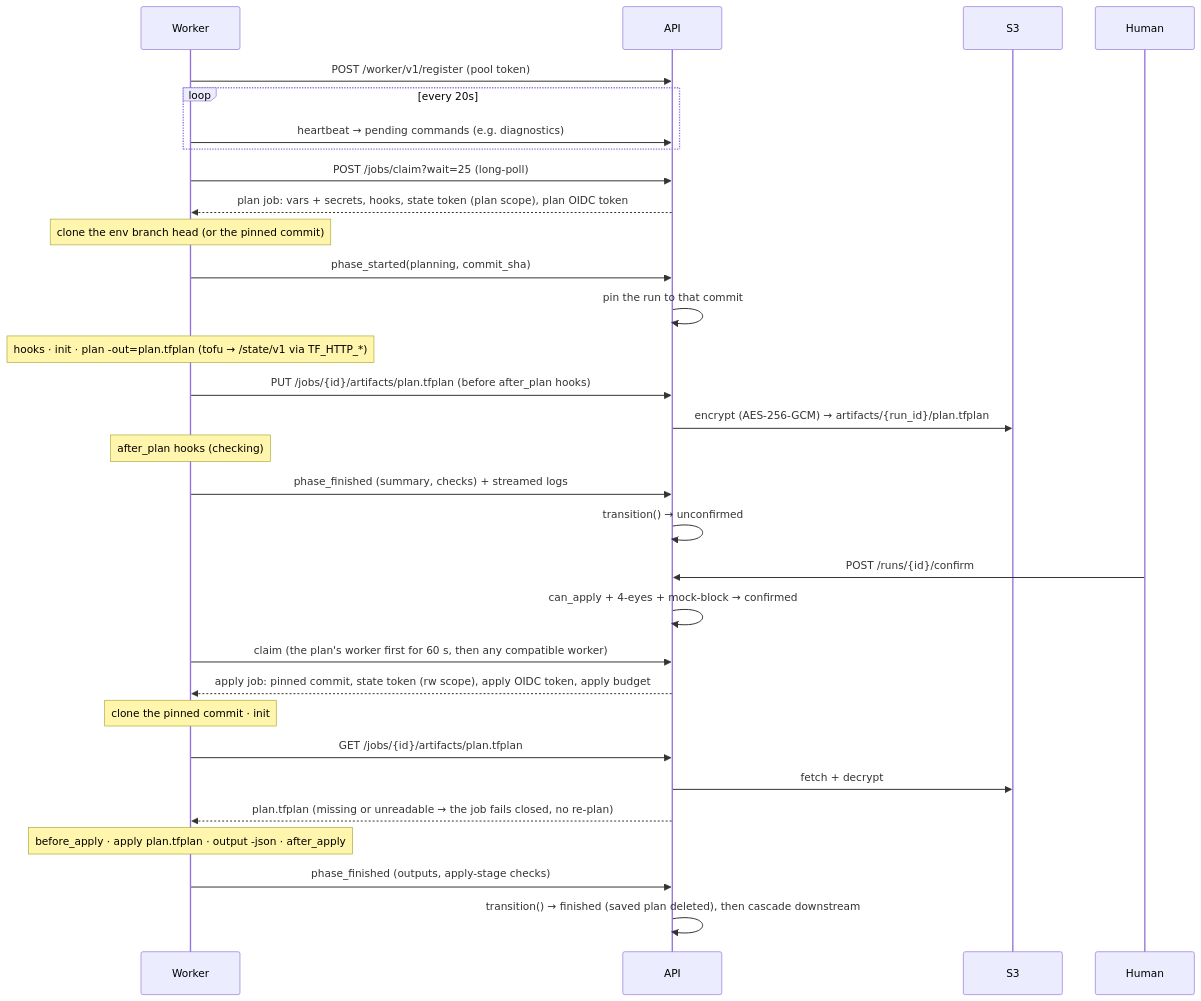
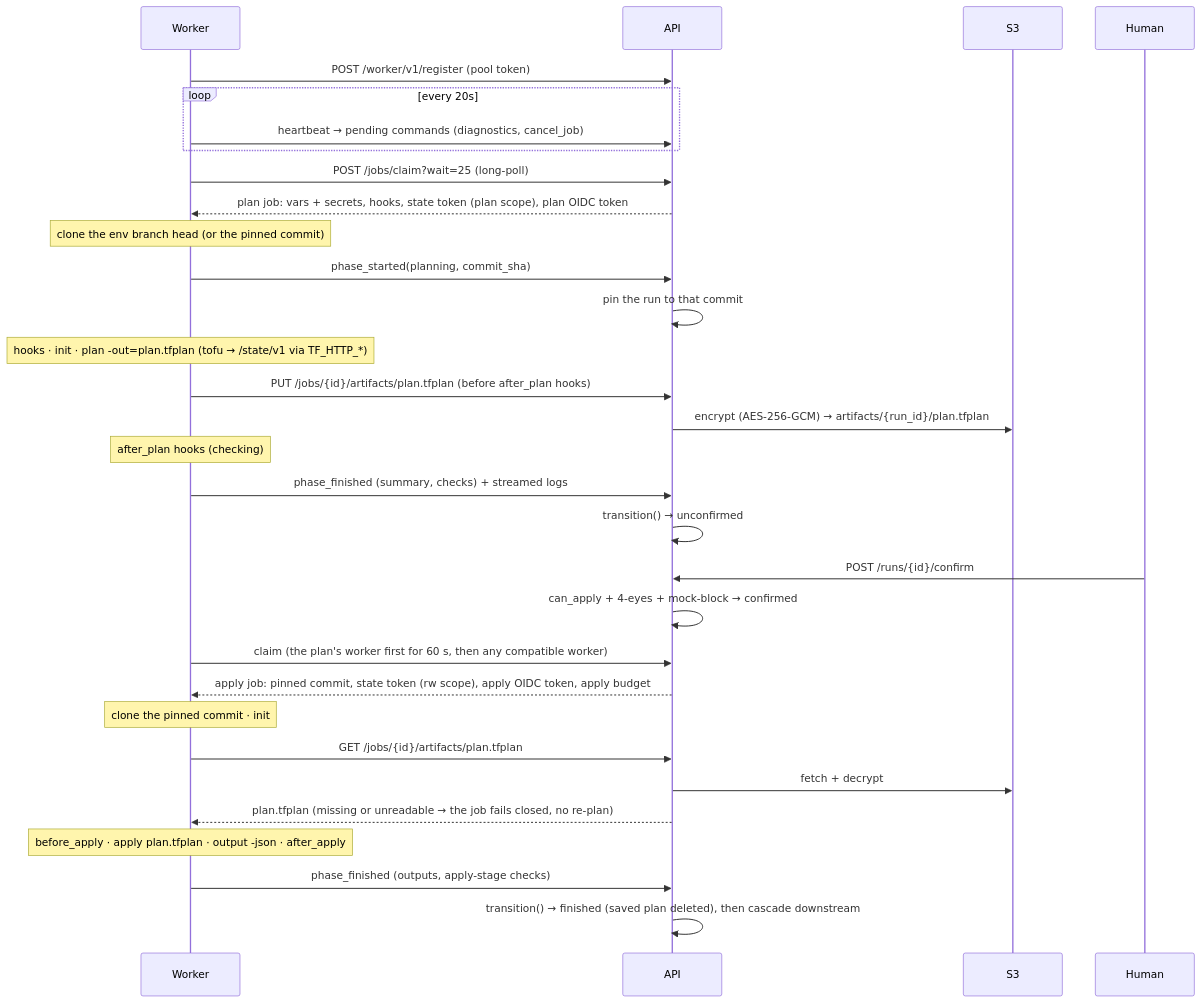
The third of 6 diagrams in docs/ARCHITECTURE.md (fmiquel90/stackd), drawn with Mermaid before and after one commit. The commit also changed other lines of this file and 13 other files, not shown here.

````diff
--- a/docs/ARCHITECTURE.md
+++ b/docs/ARCHITECTURE.md
@@ -95,33 +118,33 @@
 ```mermaid
 sequenceDiagram
     participant W as Worker
     participant A as API
     participant S as S3
     participant H as Human
     W->>A: POST /worker/v1/register (pool token)
     loop every 20s
-        W->>A: heartbeat → pending commands (e.g. diagnostics)
+        W->>A: heartbeat → pending commands (diagnostics, cancel_job)
     end
     W->>A: POST /jobs/claim?wait=25 (long-poll)
     A-->>W: plan job: vars + secrets, hooks, state token (plan scope), plan OIDC token
     Note over W: clone the env branch head (or the pinned commit)
     W->>A: phase_started(planning, commit_sha)
     A->>A: pin the run to that commit
     Note over W: hooks · init · plan -out=plan.tfplan (tofu → /state/v1 via TF_HTTP_*)
     W->>A: PUT /jobs/{id}/artifacts/plan.tfplan (before after_plan hooks)
     A->>S: encrypt (AES-256-GCM) → artifacts/{run_id}/plan.tfplan
     Note over W: after_plan hooks (checking)
     W->>A: phase_finished (summary, checks) + streamed logs
     A->>A: transition() → unconfirmed
     H->>A: POST /runs/{id}/confirm
     A->>A: can_apply + 4-eyes + mock-block → confirmed
     W->>A: claim (the plan's worker first for 60 s, then any compatible worker)
     A-->>W: apply job: pinned commit, state token (rw scope), apply OIDC token, apply budget
     Note over W: clone the pinned commit · init
     W->>A: GET /jobs/{id}/artifacts/plan.tfplan
     A->>S: fetch + decrypt
     A-->>W: plan.tfplan (missing or unreadable → the job fails closed, no re-plan)
     Note over W: before_apply · apply plan.tfplan · output -json · after_apply
     W->>A: phase_finished (outputs, apply-stage checks)
     A->>A: transition() → finished (saved plan deleted), then cascade downstream
 ```
````
